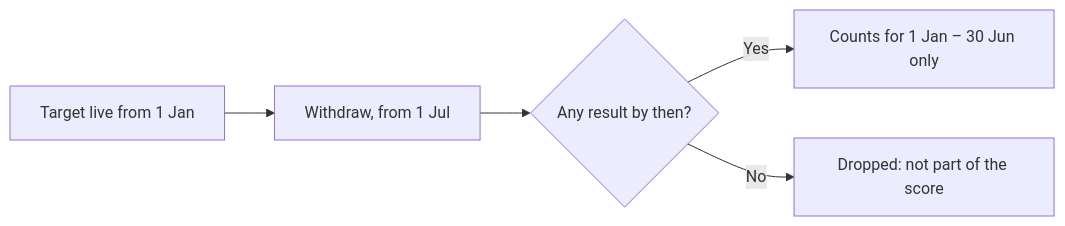
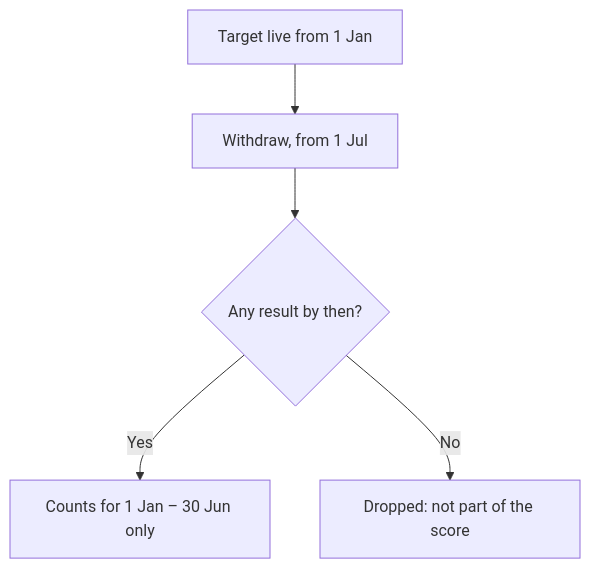
One commit to dennokorir/tritel_erp_training changed the diagram in training-portal/src/content/docs/accountability/concepts/exempt-withdrawn-development.mdx. Above: the diagram before and after it, drawn with Mermaid. The commit also changed 128 other files, not shown here.

First line of the commit message:
docs(training-portal): Projects section and readable diagrams

````diff
--- a/training-portal/src/content/docs/accountability/concepts/exempt-withdrawn-development.mdx
+++ b/training-portal/src/content/docs/accountability/concepts/exempt-withdrawn-development.mdx
@@ -51,7 +51,7 @@
 ```mermaid
-flowchart LR
+flowchart TD
   A["Target live from 1 Jan"] --> B["Withdraw, from 1 Jul"]
   B --> C{"Any result by then?"}
   C -- Yes --> D["Counts for 1 Jan – 30 Jun only"]
   C -- No --> E["Dropped: not part of the score"]
 ```
````
